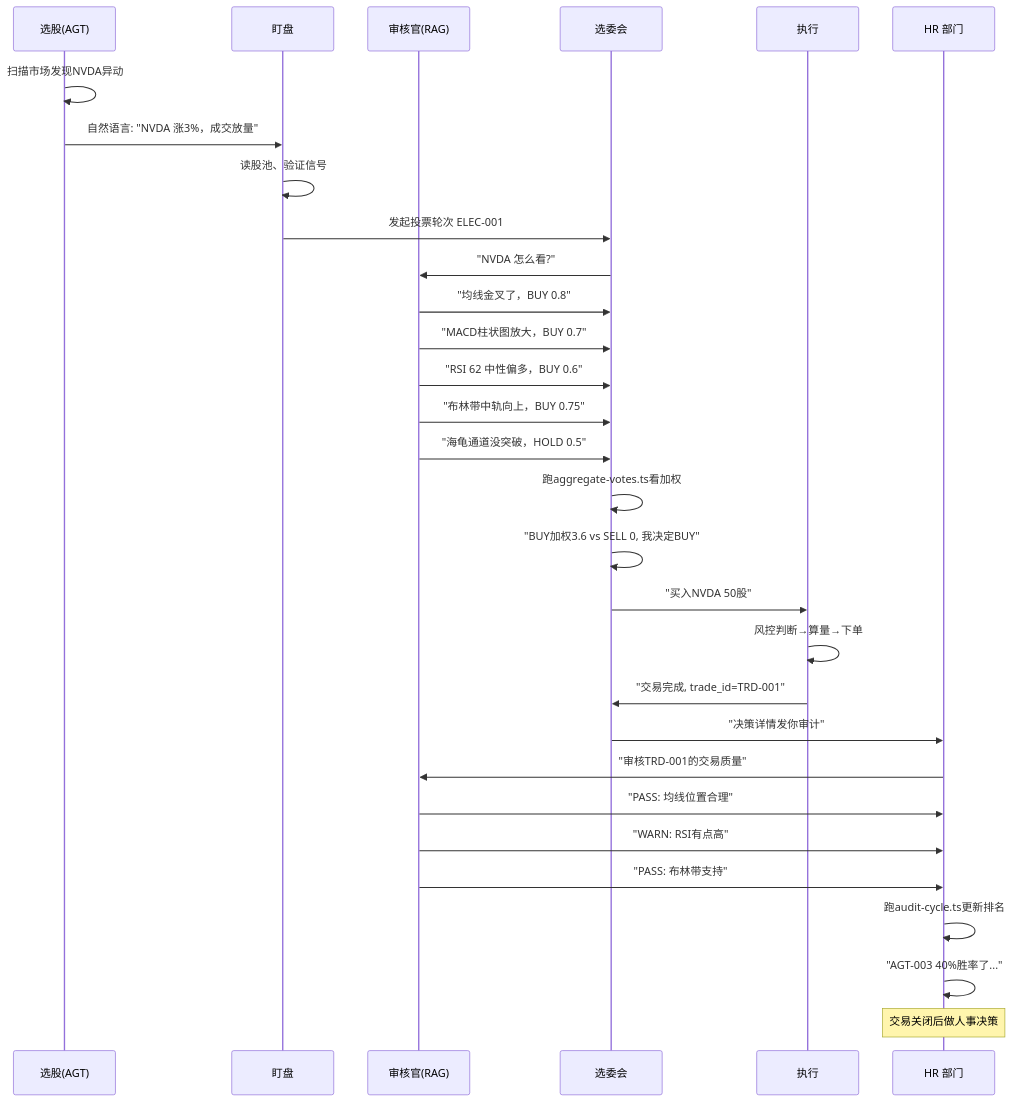
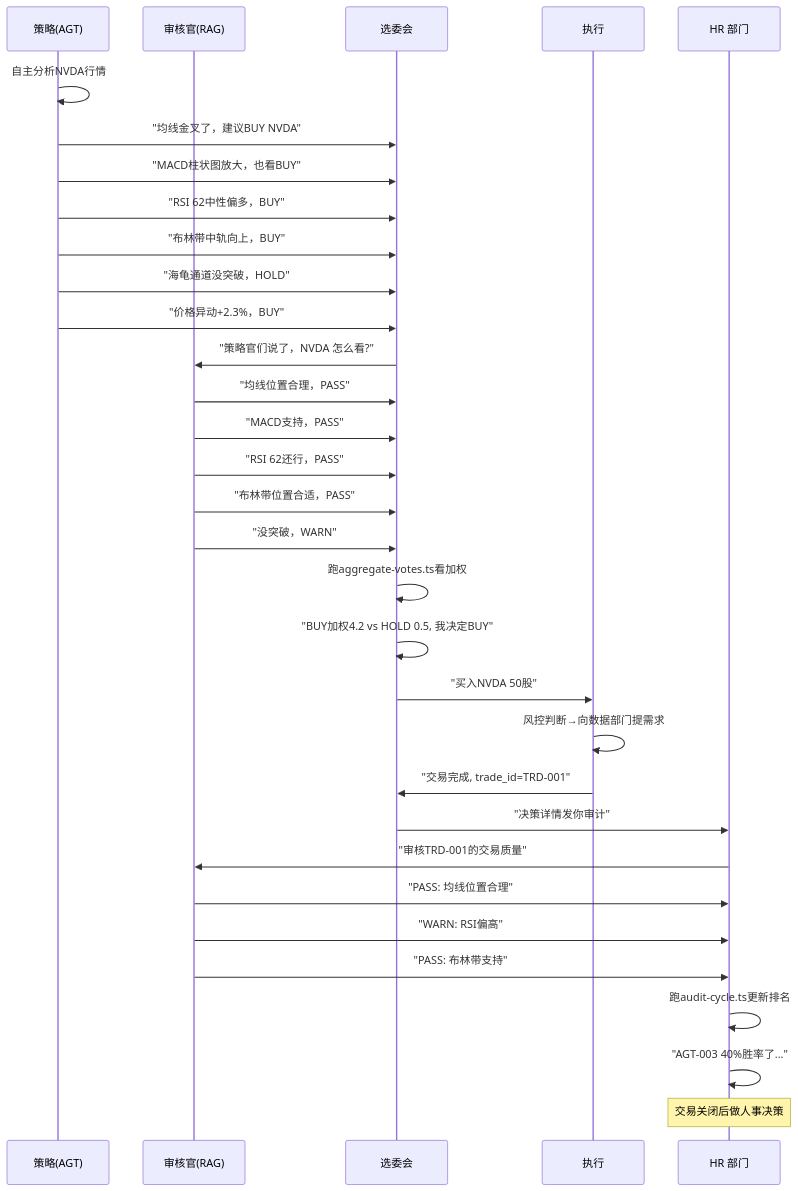
Before and after one commit to fantian007/hermes-trading-system: the fifth of 5 diagrams in docs/architecture.md, drawn with Mermaid. The commit also changed other lines of this file and 11 other files, not shown here.

````diff
--- a/docs/architecture.md
+++ b/docs/architecture.md
@@ -529,33 +513,35 @@
 ```mermaid
 sequenceDiagram
-    participant S as 选股(AGT)
-    participant W as 盯盘
+    participant S as 策略(AGT)
     participant R as 审核官(RAG)
     participant EC as 选委会
     participant EX as 执行
     participant A as HR 部门
 
-    S->>S: 扫描市场发现NVDA异动
-    S->>W: 自然语言: "NVDA 涨3%，成交放量"
-    W->>W: 读股池、验证信号
-    W->>EC: 发起投票轮次 ELEC-001
-    EC->>R: "NVDA 怎么看?"
-    R->>EC: "均线金叉了，BUY 0.8"
-    R->>EC: "MACD柱状图放大，BUY 0.7"
-    R->>EC: "RSI 62 中性偏多，BUY 0.6"
-    R->>EC: "布林带中轨向上，BUY 0.75"
-    R->>EC: "海龟通道没突破，HOLD 0.5"
+    S->>S: 自主分析NVDA行情
+    S->>EC: "均线金叉了，建议BUY NVDA"
+    S->>EC: "MACD柱状图放大，也看BUY"
+    S->>EC: "RSI 62中性偏多，BUY"
+    S->>EC: "布林带中轨向上，BUY"
+    S->>EC: "海龟通道没突破，HOLD"
+    S->>EC: "价格异动+2.3%，BUY"
+    EC->>R: "策略官们说了，NVDA 怎么看?"
+    R->>EC: "均线位置合理，PASS"
+    R->>EC: "MACD支持，PASS"
+    R->>EC: "RSI 62还行，PASS"
+    R->>EC: "布林带位置合适，PASS"
+    R->>EC: "没突破，WARN"
     EC->>EC: 跑aggregate-votes.ts看加权
-    EC->>EC: "BUY加权3.6 vs SELL 0, 我决定BUY"
+    EC->>EC: "BUY加权4.2 vs HOLD 0.5, 我决定BUY"
     EC->>EX: "买入NVDA 50股"
-    EX->>EX: 风控判断→算量→下单
+    EX->>EX: 风控判断→向数据部门提需求
     EX->>EC: "交易完成, trade_id=TRD-001"
     EC->>A: "决策详情发你审计"
     A->>R: "审核TRD-001的交易质量"
     R->>A: "PASS: 均线位置合理"
-    R->>A: "WARN: RSI有点高"
+    R->>A: "WARN: RSI偏高"
     R->>A: "PASS: 布林带支持"
     A->>A: 跑audit-cycle.ts更新排名
     A->>A: "AGT-003 40%胜率了..."
     Note over A: 交易关闭后做人事决策
 ```
````
